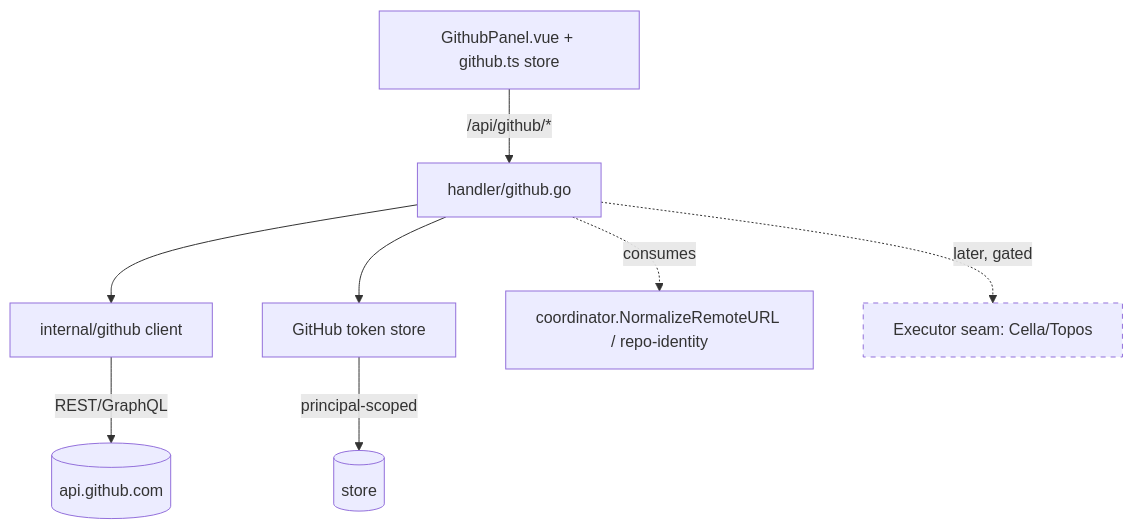
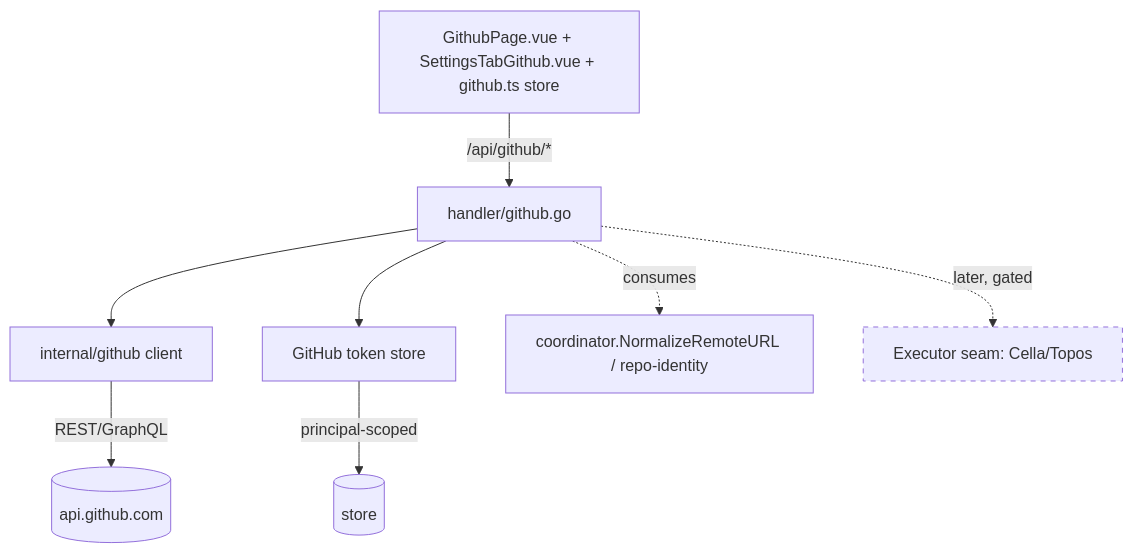
Before and after one commit to changkun/wallfacer: the first of 2 diagrams in specs/intent/github-integration.md, drawn with Mermaid. The commit also changed other lines of this file, not shown here.

First line of the commit message:
spec(github-integration): add UI architecture + resolve GitHub App fork

````diff
--- a/specs/intent/github-integration.md
+++ b/specs/intent/github-integration.md
@@ -100,11 +104,11 @@
 ```mermaid
 graph TD
-  UI[GithubPanel.vue + github.ts store] -->|/api/github/*| H[handler/github.go]
+  UI[GithubPage.vue + SettingsTabGithub.vue + github.ts store] -->|/api/github/*| H[handler/github.go]
   H --> GC[internal/github client]
   H --> TS[GitHub token store]
   GC -->|REST/GraphQL| GH[(api.github.com)]
   TS -->|principal-scoped| ST[(store)]
   H -.consumes.-> ID[coordinator.NormalizeRemoteURL / repo-identity]
   H -.later, gated.-> EX[Executor seam: Cella/Topos]
   style EX stroke-dasharray: 5 5
 ```
````
